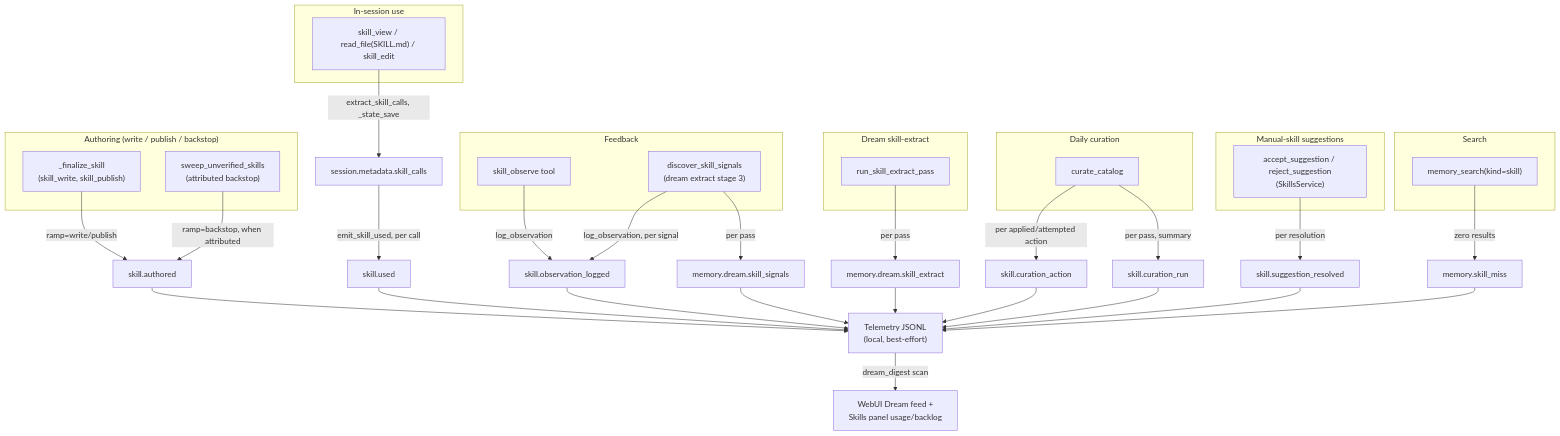
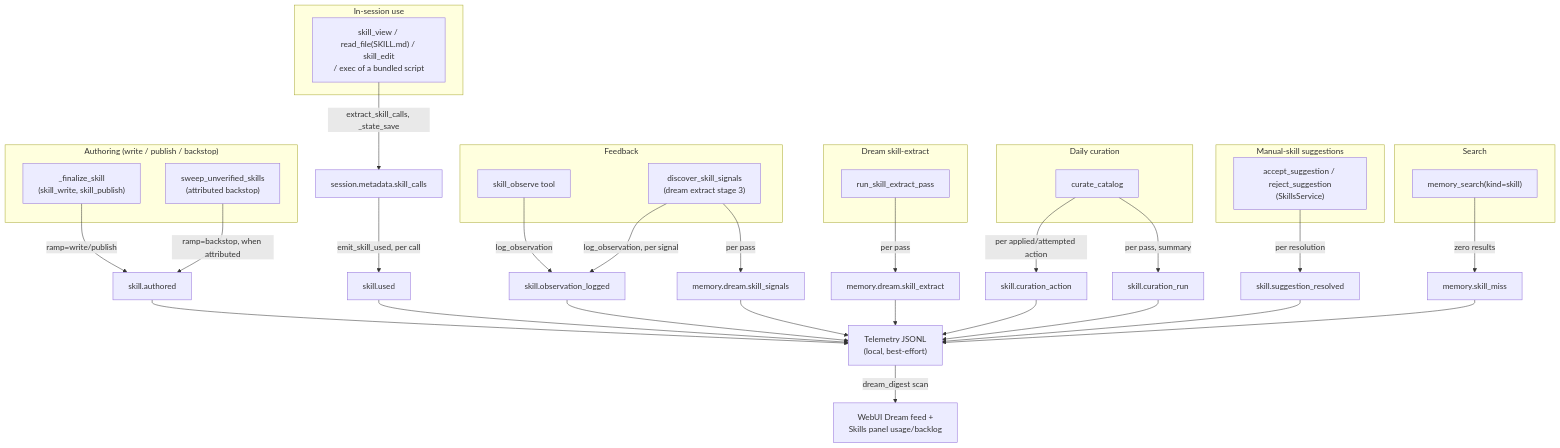
The diagram in docs/internals/skills/03_telemetry_and_effectiveness.md (mmarmol/durin), drawn with Mermaid before and after one commit. The commit also changed other lines of this file and 32 other files, not shown here.

````diff
--- a/docs/internals/skills/03_telemetry_and_effectiveness.md
+++ b/docs/internals/skills/03_telemetry_and_effectiveness.md
@@ -64,56 +65,56 @@
 ```mermaid
 flowchart TD
     subgraph Authoring["Authoring (write / publish / backstop)"]
         ACT["_finalize_skill\n(skill_write, skill_publish)"]
         SWEEP["sweep_unverified_skills\n(attributed backstop)"]
     end
     ACT -->|ramp=write/publish| AUTHORED["skill.authored"]
     SWEEP -->|ramp=backstop, when attributed| AUTHORED
 
     subgraph Use["In-session use"]
-        VIEW["skill_view / read_file(SKILL.md) / skill_edit"]
+        VIEW["skill_view / read_file(SKILL.md) / skill_edit\n/ exec of a bundled script"]
     end
     VIEW -->|extract_skill_calls, _state_save| CALLS["session.metadata.skill_calls"]
     CALLS -->|emit_skill_used, per call| USED["skill.used"]
 
     subgraph Feedback["Feedback"]
         TOOL["skill_observe tool"]
         HINDSIGHT["discover_skill_signals\n(dream extract stage 3)"]
     end
     TOOL -->|log_observation| OBSLOG["skill.observation_logged"]
     HINDSIGHT -->|log_observation, per signal| OBSLOG
     HINDSIGHT -->|per pass| SKILLSIGNALS["memory.dream.skill_signals"]
 
     subgraph Production["Dream skill-extract"]
         EXTRACT["run_skill_extract_pass"]
     end
     EXTRACT -->|per pass| SKILLEXTRACT["memory.dream.skill_extract"]
 
     subgraph Judgment["Daily curation"]
         CURATE["curate_catalog"]
     end
     CURATE -->|per applied/attempted action| CURACTION["skill.curation_action"]
     CURATE -->|per pass, summary| CURRUN["skill.curation_run"]
 
     subgraph Resolution["Manual-skill suggestions"]
         ACCEPT["accept_suggestion / reject_suggestion\n(SkillsService)"]
     end
     ACCEPT -->|per resolution| SUGRES["skill.suggestion_resolved"]
 
     subgraph Retrieval["Search"]
         MSEARCH["memory_search(kind=skill)"]
     end
     MSEARCH -->|zero results| SKILLMISS["memory.skill_miss"]
 
     AUTHORED --> DIGEST["Telemetry JSONL\n(local, best-effort)"]
     USED --> DIGEST
     OBSLOG --> DIGEST
     SKILLSIGNALS --> DIGEST
     SKILLEXTRACT --> DIGEST
     CURACTION --> DIGEST
     CURRUN --> DIGEST
     SUGRES --> DIGEST
     SKILLMISS --> DIGEST
 
     DIGEST -->|dream_digest scan| WEBUI["WebUI Dream feed +\nSkills panel usage/backlog"]
 ```
````
